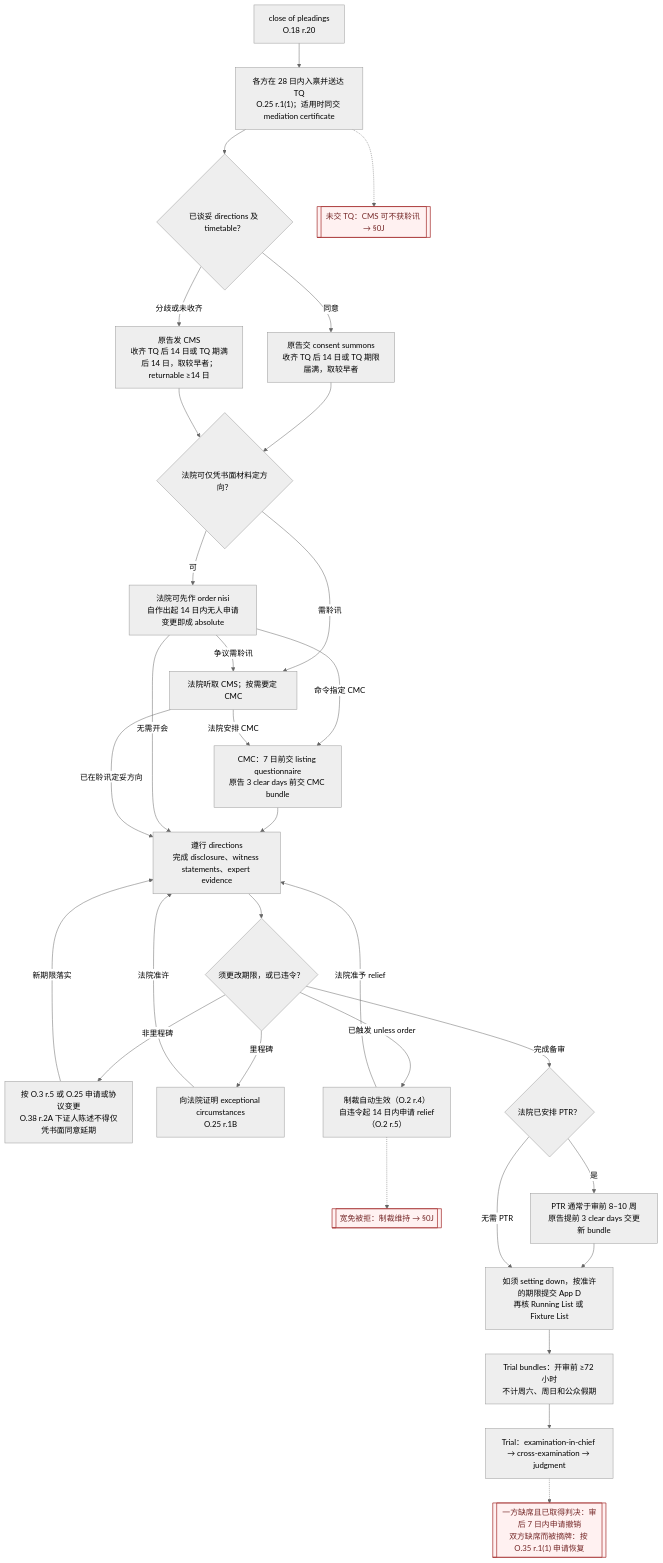
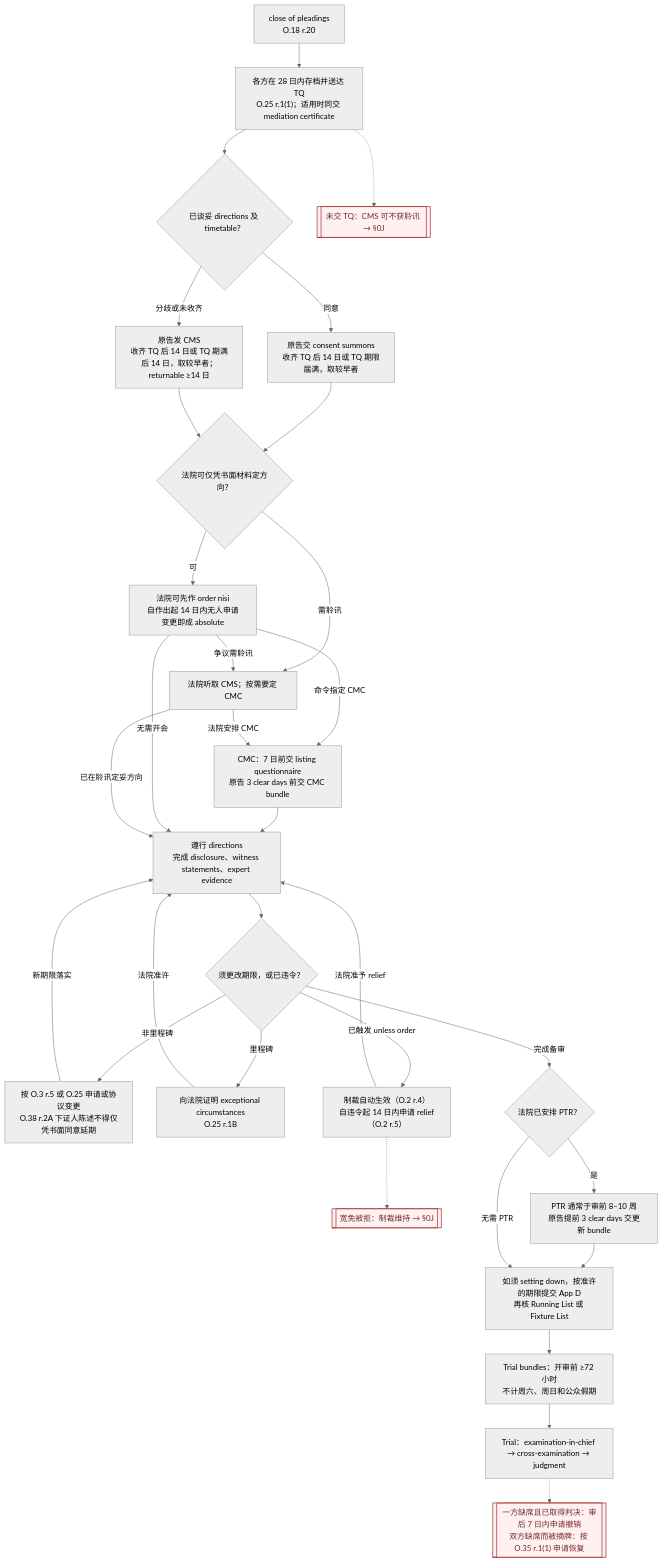
Before and after one commit to mixxmax/pcll-litigation-cards: the first of 3 diagrams in src/content/docs/institutions/co11-case-management.md, drawn with Mermaid (neutral theme). The commit also changed other lines of this file and 1 other file, not shown here.

````diff
--- a/src/content/docs/institutions/co11-case-management.md
+++ b/src/content/docs/institutions/co11-case-management.md
@@ -108,34 +106,34 @@
 ```mermaid
 flowchart TD
     classDef warnnode fill:#fff1f1,stroke:#a93838,stroke-width:1.5px,color:#752828
-    A["close of pleadings<br/>O.18 r.20"] --> B["各方在 28 日内入禀并送达 TQ<br/>O.25 r.1(1)；适用时同交 mediation certificate"]
+    A["close of pleadings<br/>O.18 r.20"] --> B["各方在 28 日内存档并送达 TQ<br/>O.25 r.1(1)；适用时同交 mediation certificate"]
     B --> C{"已谈妥 directions 及 timetable？"}
     C -->|同意| D["原告交 consent summons<br/>收齐 TQ 后 14 日或 TQ 期限届满，取较早者"]
     C -->|分歧或未收齐| E["原告发 CMS<br/>收齐 TQ 后 14 日或 TQ 期满后 14 日，取较早者；returnable ≥14 日"]
     D --> F{"法院可仅凭书面材料定方向？"}
     E --> F
     F -->|可| G["法院可先作 order nisi<br/>自作出起 14 日内无人申请变更即成 absolute"]
     F -->|需聆讯| H["法院听取 CMS；按需要定 CMC"]
     G -->|争议需聆讯| H
     G -->|命令指定 CMC| I["CMC：7 日前交 listing questionnaire<br/>原告 3 clear days 前交 CMC bundle"]
     H -->|法院安排 CMC| I
     I --> J["遵行 directions<br/>完成 disclosure、witness statements、expert evidence"]
     G -->|无需开会| J
     H -->|已在聆讯定妥方向| J
     J --> K{"须更改期限，或已违令？"}
     K -->|非里程碑| L["按 O.3 r.5 或 O.25 申请或协议变更<br/>O.38 r.2A 下证人陈述不得仅凭书面同意延期"]
     K -->|里程碑| M["向法院证明 exceptional circumstances<br/>O.25 r.1B"]
     K -->|已触发 unless order| N["制裁自动生效（O.2 r.4）<br/>自违令起 14 日内申请 relief（O.2 r.5）"]
     L -->|新期限落实| J
     M -->|法院准许| J
     N -->|法院准予 relief| J
     N -.-> W1[["宽免被拒：制裁维持 → §0J"]]:::warnnode
     B -.-> W2[["未交 TQ：CMS 可不获聆讯 → §0J"]]:::warnnode
     K -->|完成备审| O{"法院已安排 PTR？"}
     O -->|是| P["PTR 通常于审前 8–10 周<br/>原告提前 3 clear days 交更新 bundle"]
     P --> Q["如须 setting down，按准许的期限提交 App D<br/>再核 Running List 或 Fixture List"]
     O -->|无需 PTR| Q
     Q --> R["Trial bundles：开审前 ≥72 小时<br/>不计周六、周日和公众假期"]
     R --> S["Trial：examination-in-chief → cross-examination → judgment"]
     S -.-> W3[["一方缺席且已取得判决：审后 7 日内申请撤销<br/>双方缺席而被摘牌：按 O.35 r.1(1) 申请恢复"]]:::warnnode
 ```
````
